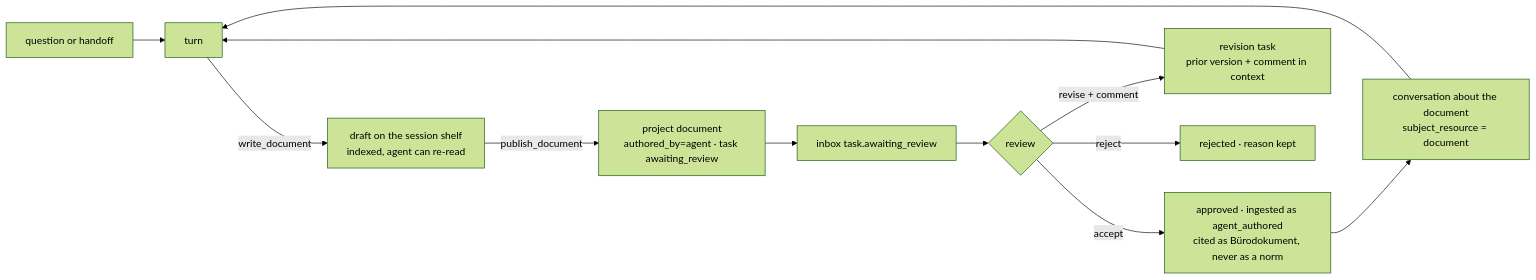
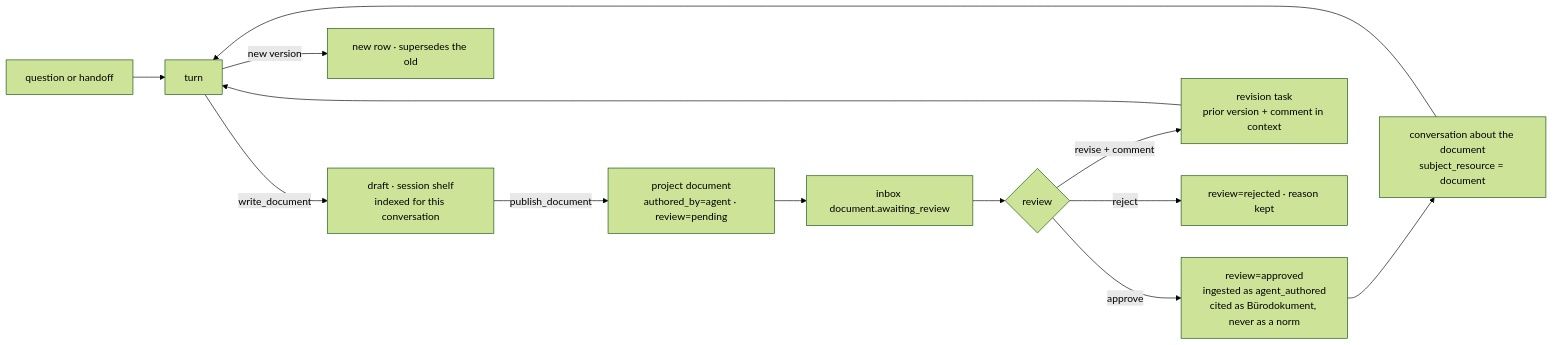
The diagram in docs/roadmap/piloti-writes-artifacts-and-approval.md (GRID-check/grid-oib-agent), drawn with Mermaid (forest theme) before and after one commit. The commit also changed other lines of this file, not shown here.

First line of the commit message:
docs(roadmap): review is a state machine on the document, not the task

````diff
--- a/docs/roadmap/piloti-writes-artifacts-and-approval.md
+++ b/docs/roadmap/piloti-writes-artifacts-and-approval.md
@@ -28,14 +28,15 @@
 ```mermaid
 flowchart LR
   Q[question or handoff] --> T[turn]
-  T -->|write_document| D[draft on the session shelf<br/>indexed, agent can re-read]
-  D -->|publish_document| P[project document<br/>authored_by=agent · task awaiting_review]
-  P --> I[inbox task.awaiting_review]
+  T -->|write_document| D[draft · session shelf<br/>indexed for this conversation]
+  D -->|publish_document| P[project document<br/>authored_by=agent · review=pending]
+  P --> I[inbox document.awaiting_review]
   I --> R{review}
-  R -->|accept| A[approved · ingested as agent_authored<br/>cited as Bürodokument, never as a norm]
+  R -->|approve| A[review=approved<br/>ingested as agent_authored<br/>cited as Bürodokument, never as a norm]
   R -->|revise + comment| V[revision task<br/>prior version + comment in context]
   V --> T
-  R -->|reject| X[rejected · reason kept]
+  T -->|new version| P2[new row · supersedes the old]
+  R -->|reject| X[review=rejected · reason kept]
   A --> C[conversation about the document<br/>subject_resource = document]
   C --> T
 ```
````
